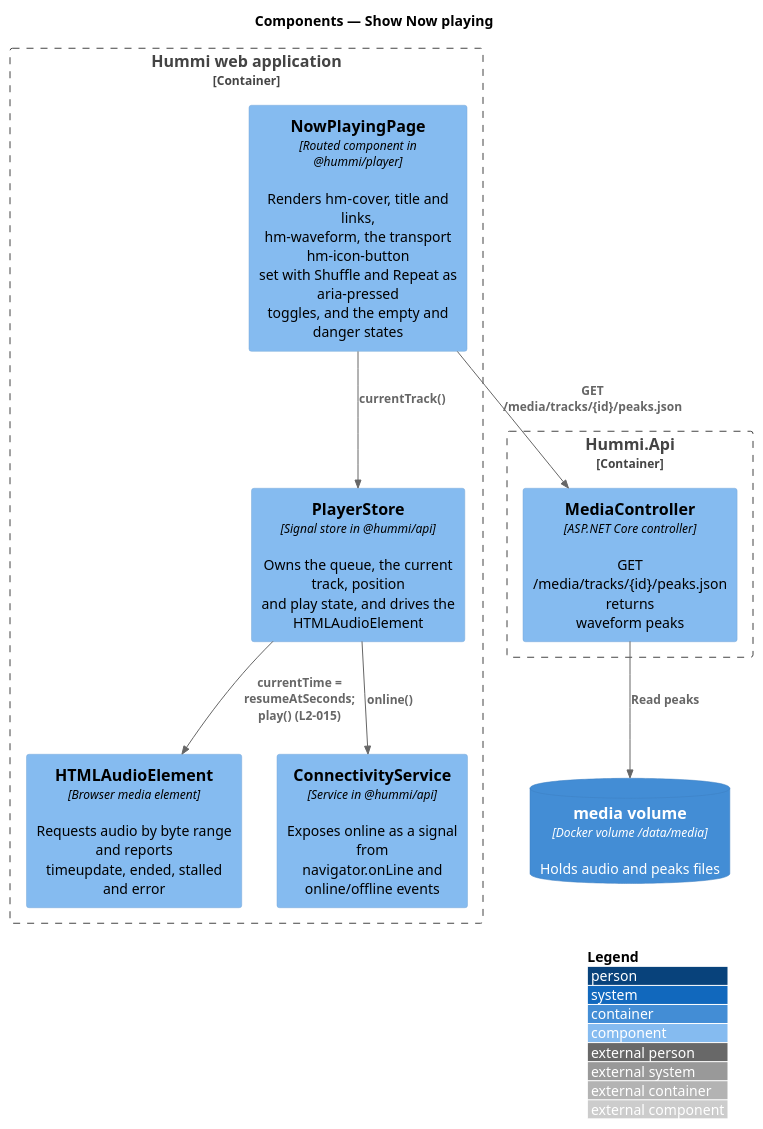
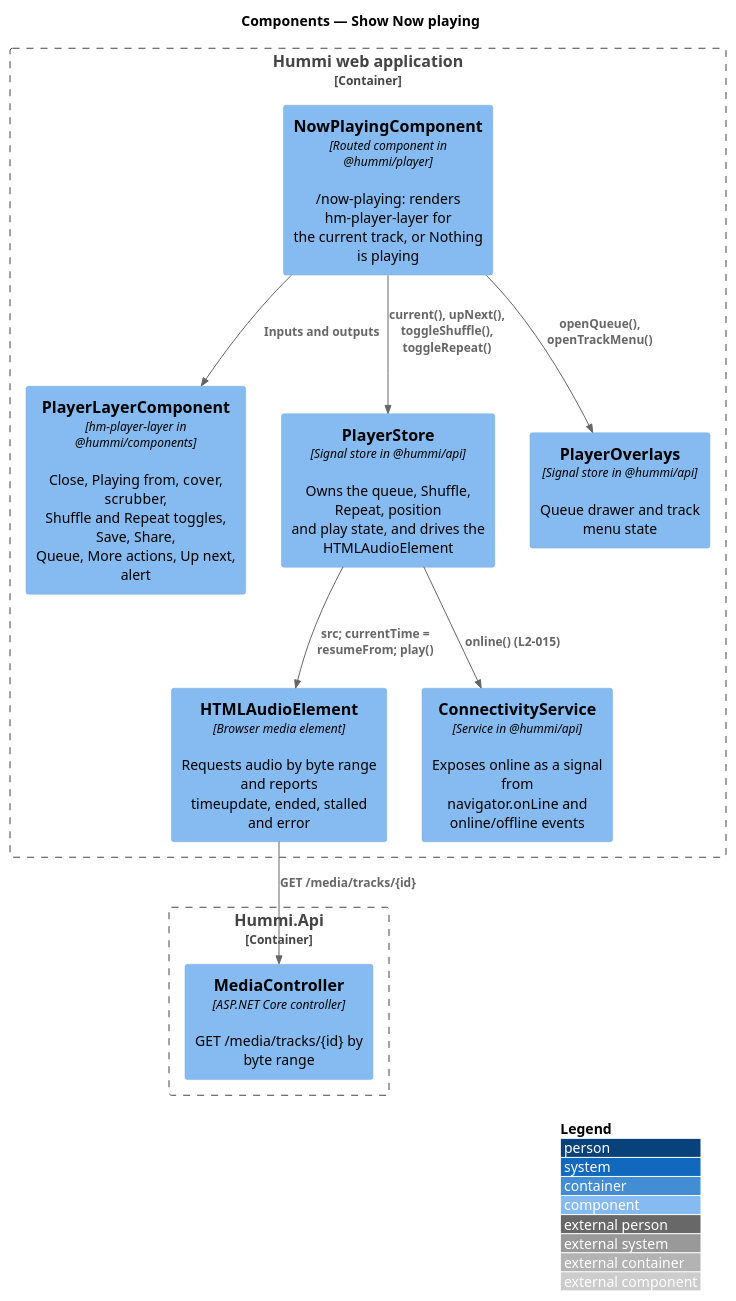
Before and after one commit to QuinntyneBrown/hummi: the diagram in docs/detailed-designs/playback/now-playing/diagrams/c4-component.puml, drawn with PlantUML. The commit also changed 156 other files, not shown here.

First line of the commit message:
Control what plays next: Now playing, queue drawer, track menu and keyboard shortcuts

```diff
--- a/docs/detailed-designs/playback/now-playing/diagrams/c4-component.puml
+++ b/docs/detailed-designs/playback/now-playing/diagrams/c4-component.puml
@@ -1,21 +1,23 @@
 @startuml
 !include <C4/C4_Component>
 LAYOUT_WITH_LEGEND()
 title Components — Show Now playing
 
 Container_Boundary(spa, "Hummi web application") {
-  Component(page, "NowPlayingPage", "Routed component in @hummi/player", "Renders hm-cover, title and links,\nhm-waveform, the transport hm-icon-button\nset with Shuffle and Repeat as aria-pressed\ntoggles, and the empty and danger states")
-  Component(player, "PlayerStore", "Signal store in @hummi/api", "Owns the queue, the current track, position\nand play state, and drives the\nHTMLAudioElement")
+  Component(page, "NowPlayingComponent", "Routed component in @hummi/player", "/now-playing: renders hm-player-layer for\nthe current track, or Nothing is playing")
+  Component(layer, "PlayerLayerComponent", "hm-player-layer in @hummi/components", "Close, Playing from, cover, scrubber,\nShuffle and Repeat toggles, Save, Share,\nQueue, More actions, Up next, alert")
+  Component(player, "PlayerStore", "Signal store in @hummi/api", "Owns the queue, Shuffle, Repeat, position\nand play state, and drives the\nHTMLAudioElement")
+  Component(overlays, "PlayerOverlays", "Signal store in @hummi/api", "Queue drawer and track menu state")
   Component(audio, "HTMLAudioElement", "Browser media element", "Requests audio by byte range and reports\ntimeupdate, ended, stalled and error")
   Component(net, "ConnectivityService", "Service in @hummi/api", "Exposes online as a signal from\nnavigator.onLine and online/offline events")
 }
 Container_Boundary(api, "Hummi.Api") {
-  Component(mctl, "MediaController", "ASP.NET Core controller", "GET /media/tracks/{id}/peaks.json returns\nwaveform peaks")
+  Component(mctl, "MediaController", "ASP.NET Core controller", "GET /media/tracks/{id} by byte range")
 }
-ContainerDb(media, "media volume", "Docker volume /data/media", "Holds audio and peaks files")
-Rel(page, player, "currentTrack()")
-Rel(page, mctl, "GET /media/tracks/{id}/peaks.json")
-Rel(mctl, media, "Read peaks")
-Rel(player, net, "online()")
-Rel(player, audio, "currentTime = resumeAtSeconds;\nplay() (L2-015)")
+Rel(page, layer, "Inputs and outputs")
+Rel(page, player, "current(), upNext(), toggleShuffle(),\ntoggleRepeat()")
+Rel(page, overlays, "openQueue(), openTrackMenu()")
+Rel(player, net, "online() (L2-015)")
+Rel(player, audio, "src; currentTime = resumeFrom; play()")
+Rel(audio, mctl, "GET /media/tracks/{id}")
 @enduml
```
